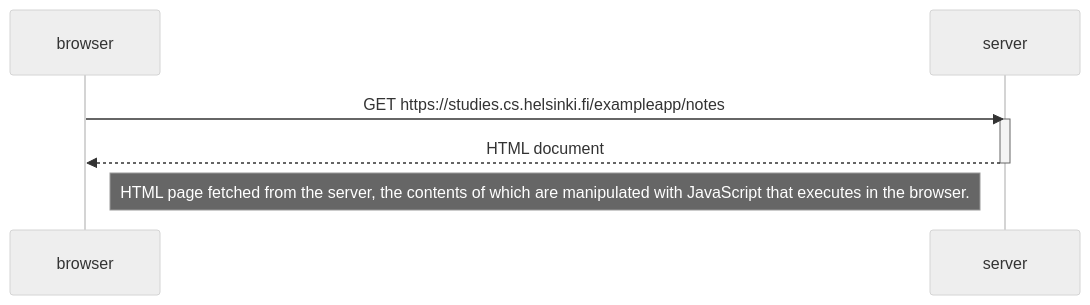
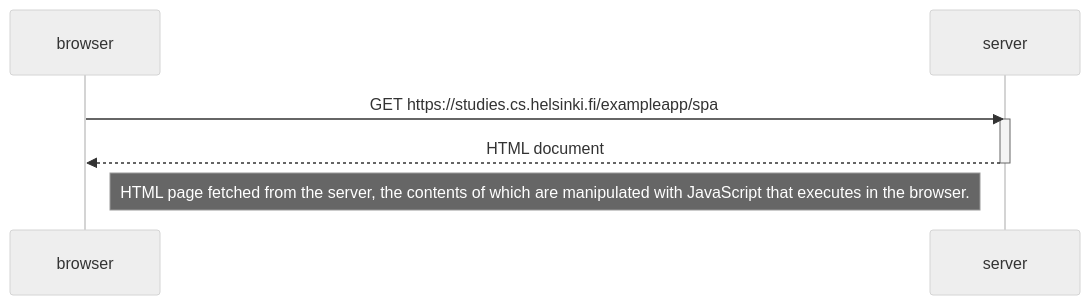
The diagram in part 0/[0.5]-single-page-app-diagram.md (aleks8/fullstackopen), drawn with Mermaid (neutral theme) before and after one commit.

````diff
--- a/part 0/[0.5]-single-page-app-diagram.md
+++ b/part 0/[0.5]-single-page-app-diagram.md
@@ -1,12 +1,12 @@
 ```mermaid
 sequenceDiagram
     participant browser
     participant server
 
-    browser->>server: GET https://studies.cs.helsinki.fi/exampleapp/notes
+    browser->>server: GET https://studies.cs.helsinki.fi/exampleapp/spa
     activate server
     server-->>browser: HTML document
     deactivate server
 
     Note right of browser: HTML page fetched from the server, the contents of which are manipulated with JavaScript that executes in the browser.
 ```
````
